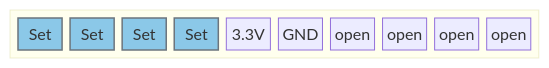
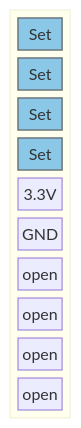
The second of 2 diagrams in Hardware/H755/H755.md (KROIA/Voicemail-Box), drawn with Mermaid before and after one commit. The commit also changed 1 other file, not shown here.

Commit message:
doku started pinout todo

````diff
--- a/Hardware/H755/H755.md
+++ b/Hardware/H755/H755.md
@@ -29,22 +29,22 @@
 ```mermaid
 block-beta
     block
-        columns 10
+        columns 1
         a0["Set"]
         a1["Set"]
         a2["Set"]
         a3["Set"]
         a4["3.3V"]
         a5["GND"]
         a6["open"]
         a7["open"]
         a8["open"]
         a9["open"]
     end
 
 classDef highlighter fill:#8bc8e8,stroke:#6c757d,color:#000000,stroke-width:1.5px;
 class a0 highlighter
 class a1 highlighter
 class a2 highlighter
 class a3 highlighter
 ```
````
